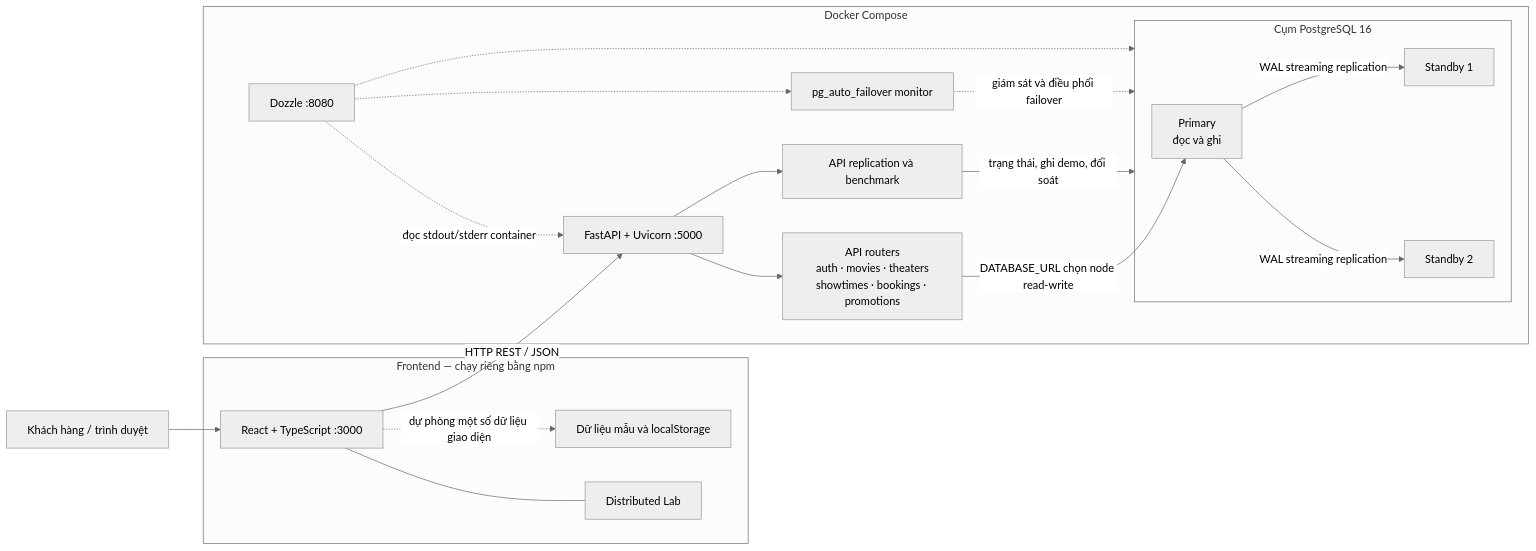
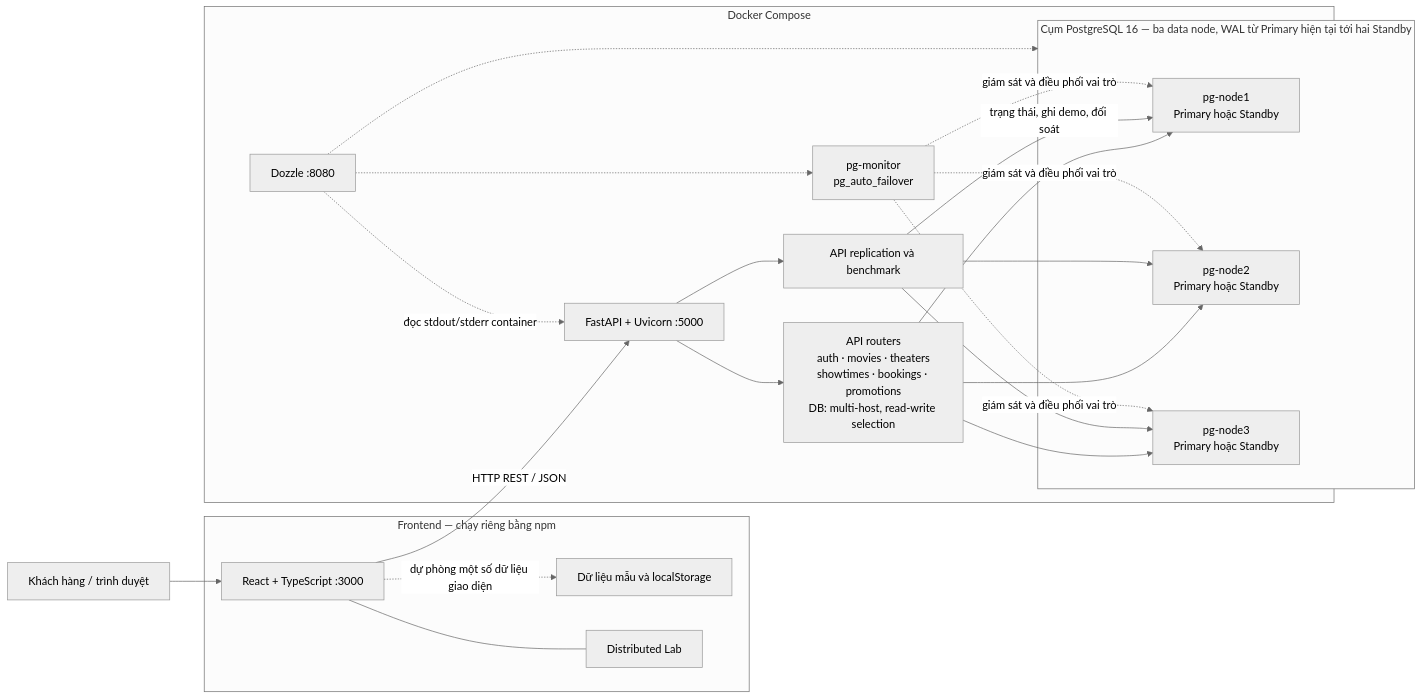
One commit to Aizen2510/SD_CUOIKI changed the diagram in README.md. Above: the diagram before and after it, drawn with Mermaid (neutral theme). The commit also changed other lines of this file, not shown here.

````diff
--- a/README.md
+++ b/README.md
@@ -12,40 +12,44 @@
 ```mermaid
 flowchart LR
     User[Khách hàng / trình duyệt]
 
     subgraph Frontend[Frontend — chạy riêng bằng npm]
         UI[React + TypeScript :3000]
         LocalData[Dữ liệu mẫu và localStorage]
         Lab[Distributed Lab]
         UI -. dự phòng một số dữ liệu giao diện .-> LocalData
         UI --- Lab
     end
 
     subgraph Compose[Docker Compose]
         API[FastAPI + Uvicorn :5000]
-        Routers[API routers<br/>auth · movies · theaters<br/>showtimes · bookings · promotions]
+        Routers[API routers<br/>auth · movies · theaters<br/>showtimes · bookings · promotions<br/>DB: multi-host, read-write selection]
         RepAPI[API replication và benchmark]
-        Monitor[pg_auto_failover monitor]
 
-        subgraph Cluster[Cụm PostgreSQL 16]
-            Primary[Primary<br/>đọc và ghi]
-            Standby1[Standby 1]
-            Standby2[Standby 2]
-            Primary -->|WAL streaming replication| Standby1
-            Primary -->|WAL streaming replication| Standby2
+        subgraph Cluster[Cụm PostgreSQL 16 — ba data node, WAL từ Primary hiện tại tới hai Standby]
+            Node1[pg-node1<br/>Primary hoặc Standby]
+            Node2[pg-node2<br/>Primary hoặc Standby]
+            Node3[pg-node3<br/>Primary hoặc Standby]
         end
 
+        Monitor[pg-monitor<br/>pg_auto_failover]
         Dozzle[Dozzle :8080]
     end
 
     User --> UI
     UI -->|HTTP REST / JSON| API
     API --> Routers
     API --> RepAPI
-    Routers -->|DATABASE_URL chọn node read-write| Primary
-    RepAPI -->|trạng thái, ghi demo, đối soát| Cluster
-    Monitor -. giám sát và điều phối failover .-> Cluster
+    Routers --> Node1
+    Routers --> Node2
+    Routers --> Node3
+    RepAPI -->|trạng thái, ghi demo, đối soát| Node1
+    RepAPI --> Node2
+    RepAPI --> Node3
+    Monitor -. giám sát và điều phối vai trò .-> Node1
+    Monitor -. giám sát và điều phối vai trò .-> Node2
+    Monitor -. giám sát và điều phối vai trò .-> Node3
     Dozzle -. đọc stdout/stderr container .-> API
     Dozzle -.-> Monitor
     Dozzle -.-> Cluster
 ```
````
